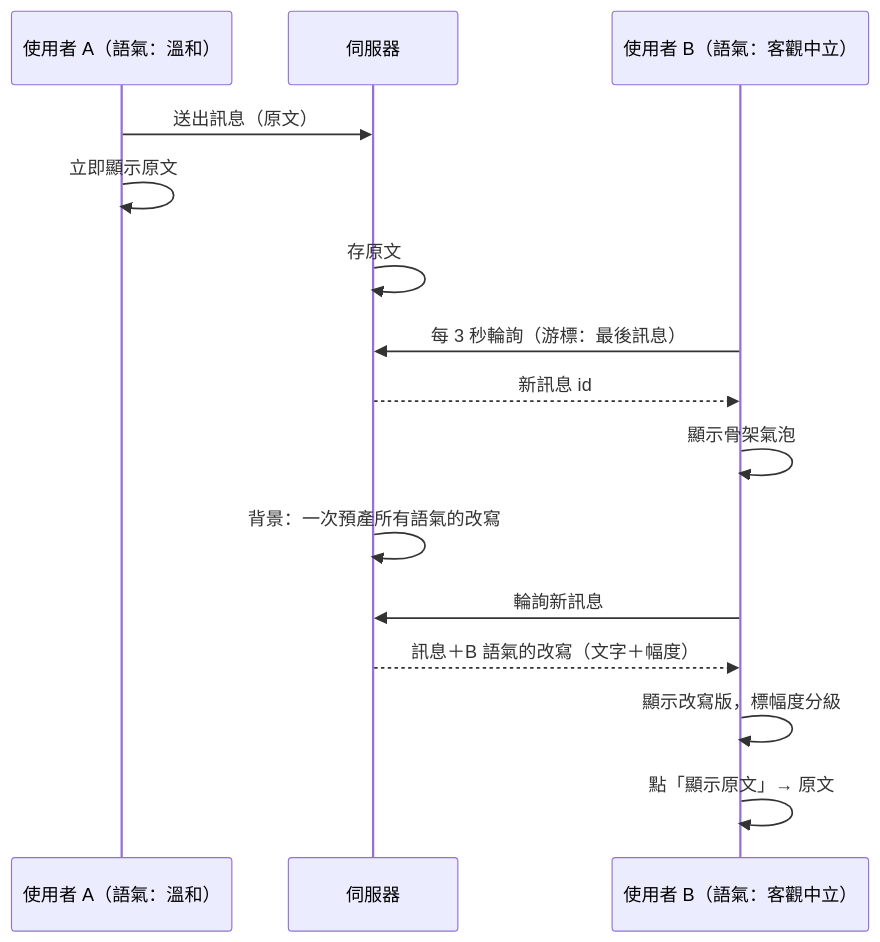
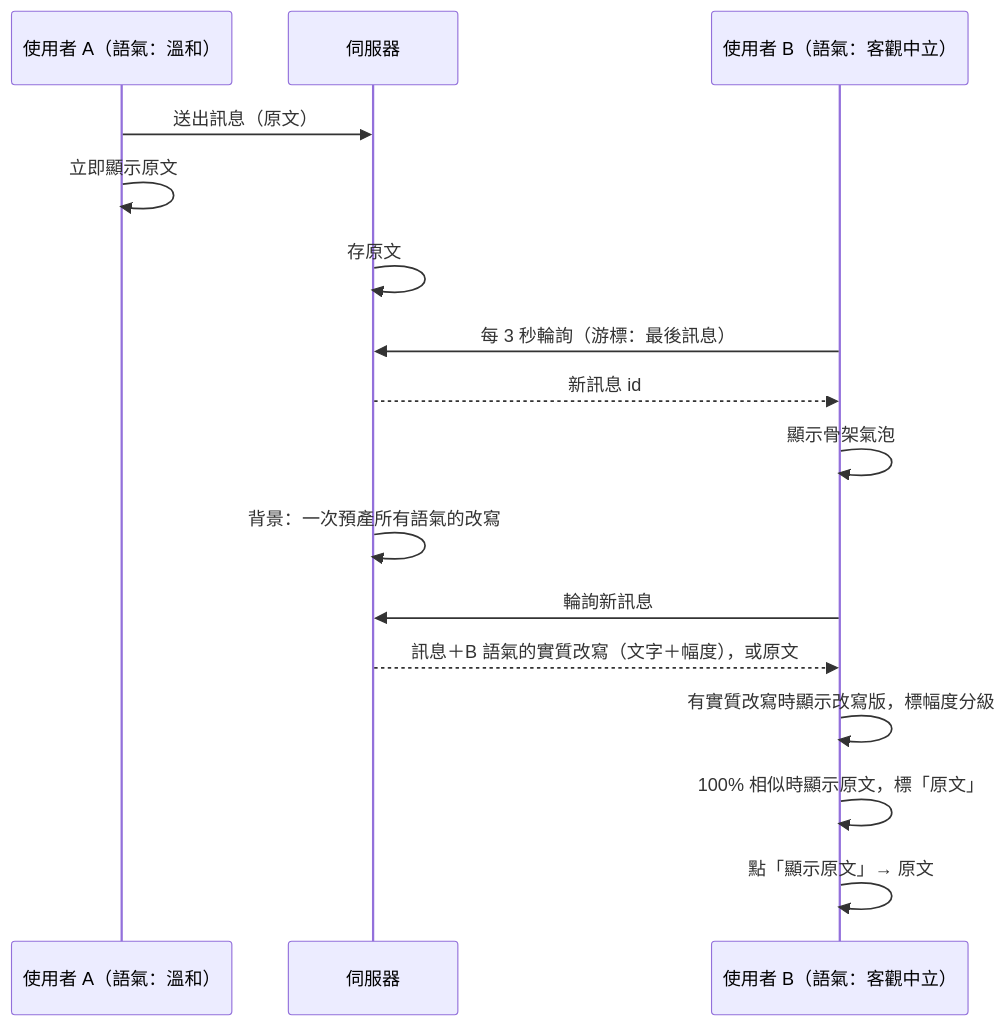
The diagram in backlog/docs/ai-social/doc-004 - 聊天室-PRD.md (yeeway0609/ai-social), drawn with Mermaid before and after one commit. The commit also changed 21 other files, not shown here.

````diff
--- a/backlog/docs/ai-social/doc-004 - 聊天室-PRD.md
+++ b/backlog/docs/ai-social/doc-004 - 聊天室-PRD.md
@@ -52,17 +52,18 @@
 ```mermaid
 sequenceDiagram
   participant A as 使用者 A（語氣：溫和）
   participant S as 伺服器
   participant B as 使用者 B（語氣：客觀中立）
   A->>S: 送出訊息（原文）
   A->>A: 立即顯示原文
   S->>S: 存原文
   B->>S: 每 3 秒輪詢（游標：最後訊息）
   S-->>B: 新訊息 id
   B->>B: 顯示骨架氣泡
   S->>S: 背景：一次預產所有語氣的改寫
   B->>S: 輪詢新訊息
-  S-->>B: 訊息＋B 語氣的改寫（文字＋幅度）
-  B->>B: 顯示改寫版，標幅度分級
+  S-->>B: 訊息＋B 語氣的實質改寫（文字＋幅度），或原文
+  B->>B: 有實質改寫時顯示改寫版，標幅度分級
+  B->>B: 100% 相似時顯示原文，標「原文」
   B->>B: 點「顯示原文」→ 原文
 ```
````
